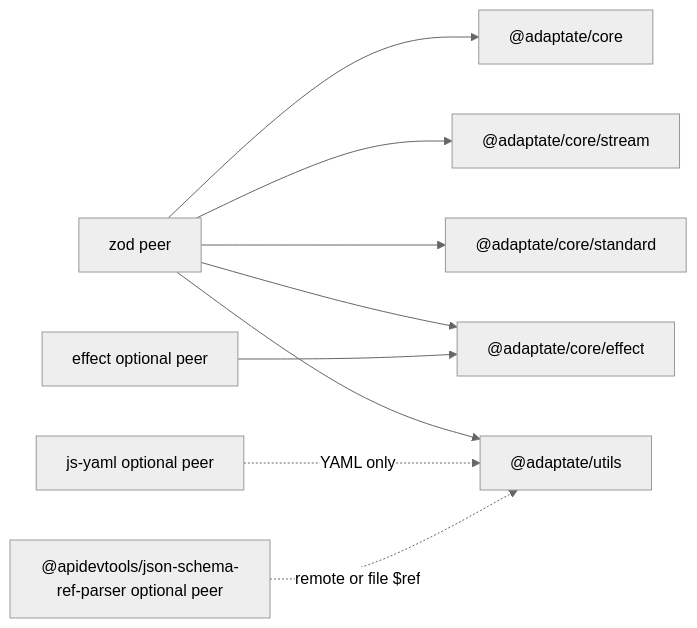
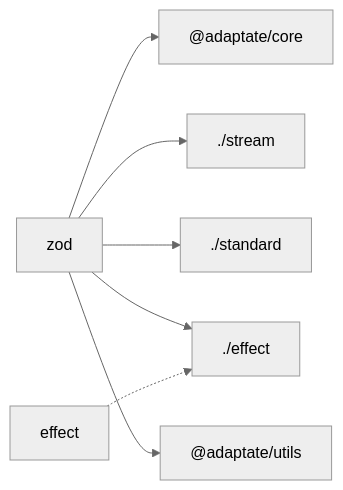
One commit to p10ns11y/adaptate changed the diagram in README.md. Above: the diagram before and after it, drawn with Mermaid (neutral theme). The commit also changed other lines of this file and 12 other files, not shown here.

````diff
--- a/README.md
+++ b/README.md
@@ -60,20 +36,9 @@
 ```mermaid
 flowchart LR
-  zod["zod peer"]
-  effectPeer["effect optional peer"]
-  yaml["js-yaml optional peer"]
-  parser["@apidevtools/json-schema-ref-parser optional peer"]
-  core["@adaptate/core"]
-  stream["@adaptate/core/stream"]
-  standard["@adaptate/core/standard"]
-  effect["@adaptate/core/effect"]
-  utils["@adaptate/utils"]
-  zod --> core
-  zod --> stream
-  zod --> standard
-  zod --> effect
-  zod --> utils
-  effectPeer --> effect
-  yaml -.->|YAML only| utils
-  parser -.->|"remote or file $ref"| utils
+  zod["zod"] --> core["@adaptate/core"]
+  zod --> stream["./stream"]
+  zod --> standard["./standard"]
+  zod --> effect["./effect"]
+  zod --> utils["@adaptate/utils"]
+  effectPeer["effect"] -.-> effect
 ```
````
